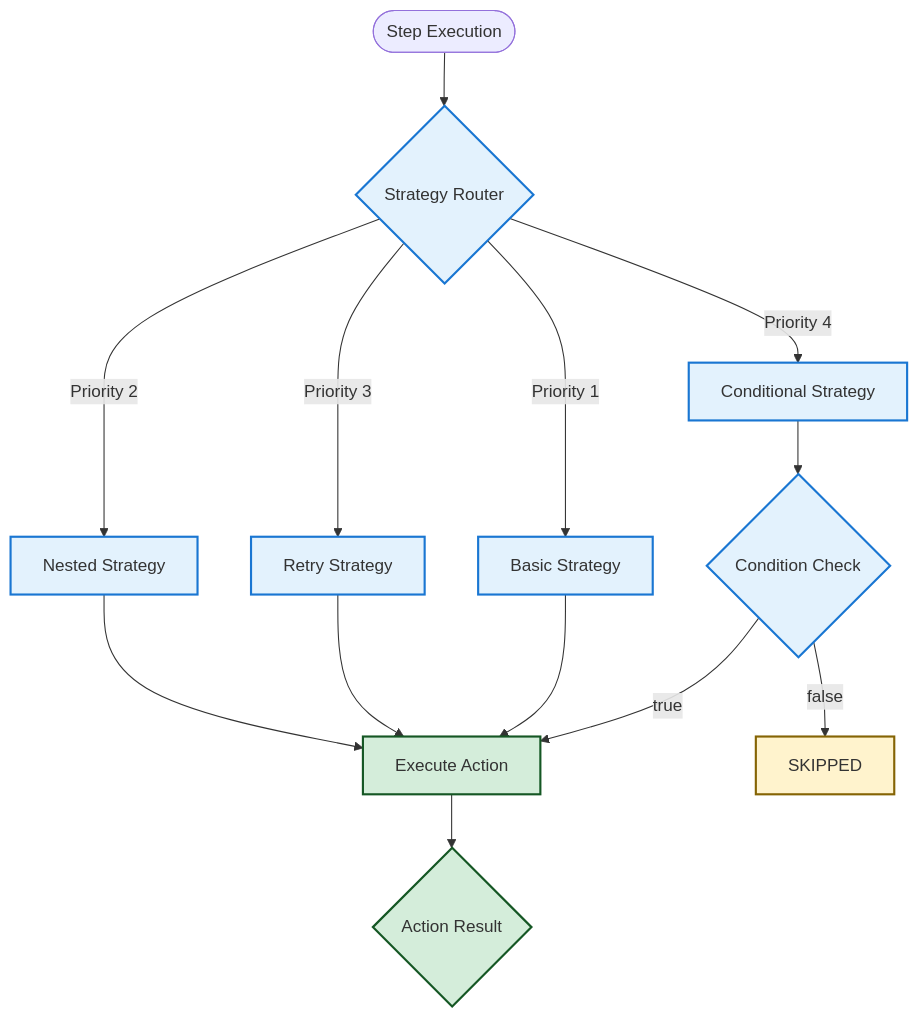
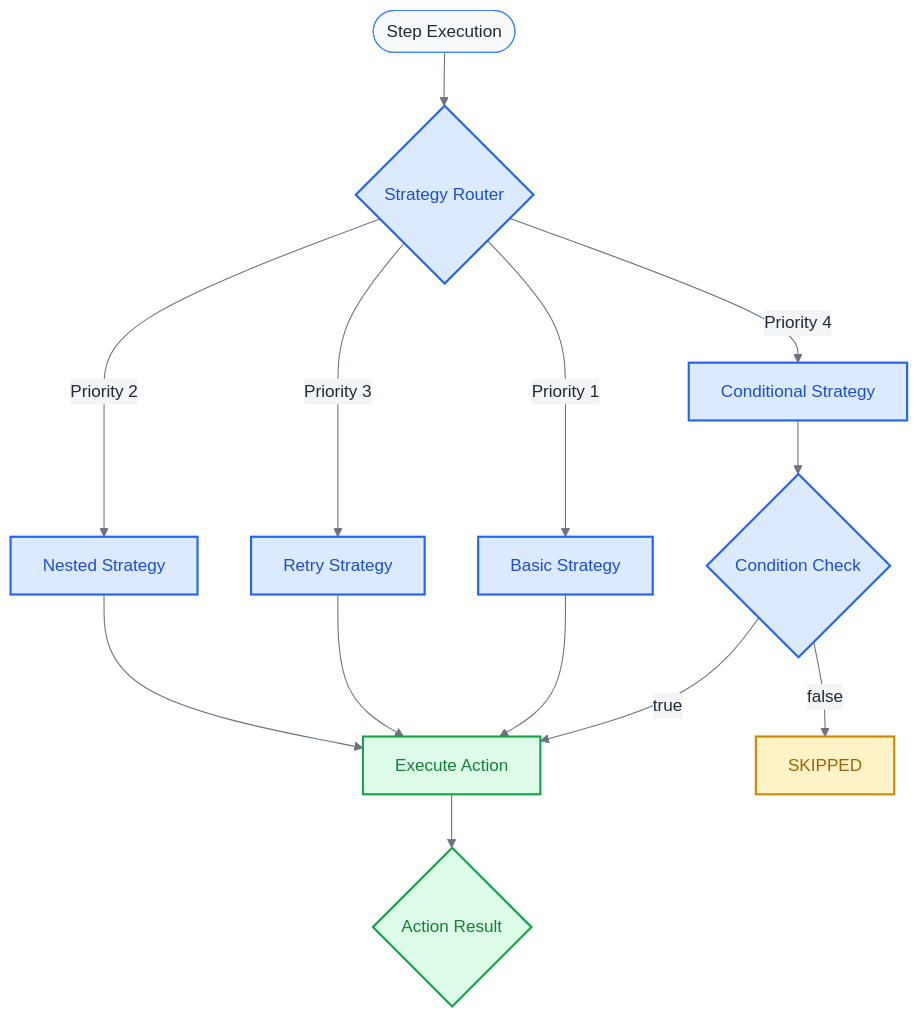
One commit to JianLoong/robogo changed the first of 3 diagrams in docs/error-failure-states-diagram.md. Above: the diagram before and after it, drawn with Mermaid. The commit also changed other lines of this file and 9 other files, not shown here.

First line of the commit message:
docs: Add comprehensive architecture diagrams and documentation structure

````diff
--- a/docs/error-failure-states-diagram.md
+++ b/docs/error-failure-states-diagram.md
@@ -7,27 +7,42 @@
 ```mermaid
+%%{init: {
+  'theme': 'base',
+  'themeVariables': {
+    'primaryColor': '#2563eb',
+    'primaryTextColor': '#1f2937',
+    'primaryBorderColor': '#3b82f6',
+    'lineColor': '#6b7280',
+    'secondaryColor': '#f3f4f6',
+    'tertiaryColor': '#e5e7eb',
+    'background': '#ffffff',
+    'mainBkg': '#f9fafb',
+    'secondBkg': '#f3f4f6',
+    'tertiaryBkg': '#e5e7eb'
+  }
+}}%%
 flowchart TD
     Start([Step Execution]) --> Router{Strategy Router}
     
     Router --> |Priority 4| Conditional[Conditional Strategy]
     Router --> |Priority 3| Retry[Retry Strategy]  
     Router --> |Priority 2| Nested[Nested Strategy]
     Router --> |Priority 1| Basic[Basic Strategy]
     
     Conditional --> CondCheck{Condition Check}
     CondCheck --> |true| Execute[Execute Action]
     CondCheck --> |false| Skipped[SKIPPED]
     
     Basic --> Execute
     Retry --> Execute
     Nested --> Execute
     
     Execute --> Result{Action Result}
     
-    classDef successStyle fill:#d4edda,stroke:#155724,stroke-width:2px
-    classDef skipStyle fill:#fff3cd,stroke:#856404,stroke-width:2px
-    classDef processStyle fill:#e3f2fd,stroke:#1976d2,stroke-width:2px
+    classDef successStyle fill:#dcfce7,stroke:#16a34a,stroke-width:2px,color:#15803d
+    classDef skipStyle fill:#fef3c7,stroke:#ca8a04,stroke-width:2px,color:#a16207
+    classDef processStyle fill:#dbeafe,stroke:#2563eb,stroke-width:2px,color:#1d4ed8
     
     class Execute,Result successStyle
     class Skipped skipStyle
     class Router,Conditional,Retry,Nested,Basic,CondCheck processStyle
 ```
````
